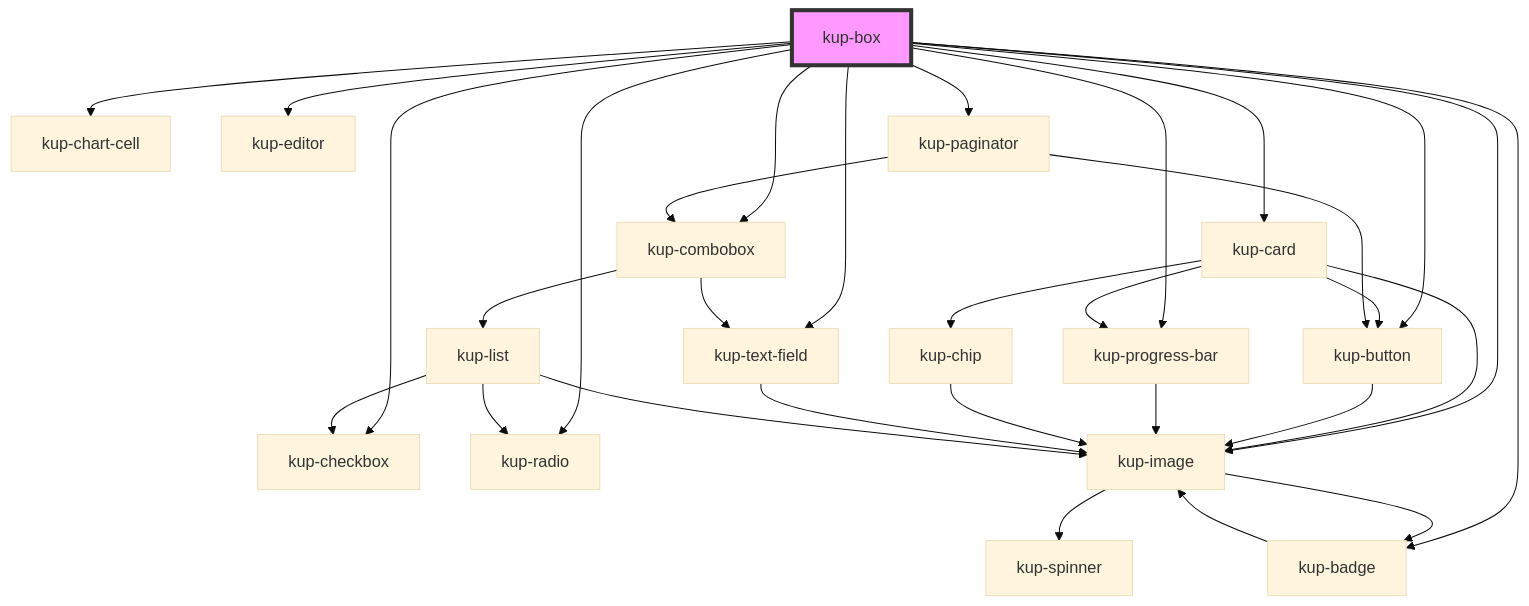
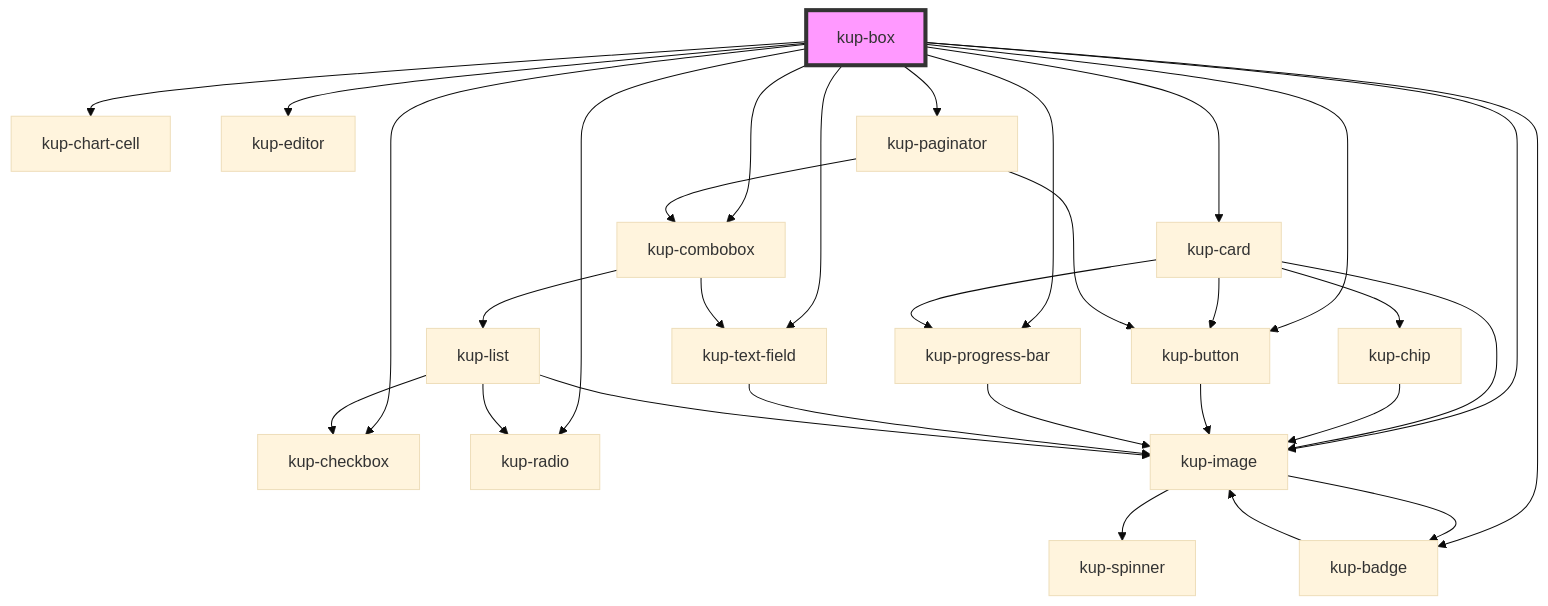
The diagram in packages/ketchup/src/components/kup-box/readme.md (smeup/ketchup), drawn with Mermaid (base theme) before and after one commit. The commit also changed other lines of this file and 12 other files, not shown here.

````diff
--- a/packages/ketchup/src/components/kup-box/readme.md
+++ b/packages/ketchup/src/components/kup-box/readme.md
@@ -98,34 +98,34 @@
 ```mermaid
 graph TD;
   kup-box --> kup-card
   kup-box --> kup-checkbox
   kup-box --> kup-badge
   kup-box --> kup-button
   kup-box --> kup-radio
   kup-box --> kup-text-field
   kup-box --> kup-progress-bar
   kup-box --> kup-chart-cell
   kup-box --> kup-image
   kup-box --> kup-editor
   kup-box --> kup-combobox
   kup-box --> kup-paginator
   kup-card --> kup-image
+  kup-card --> kup-chip
   kup-card --> kup-button
   kup-card --> kup-progress-bar
-  kup-card --> kup-chip
   kup-image --> kup-spinner
   kup-image --> kup-badge
   kup-badge --> kup-image
+  kup-chip --> kup-image
   kup-button --> kup-image
   kup-progress-bar --> kup-image
-  kup-chip --> kup-image
   kup-text-field --> kup-image
   kup-combobox --> kup-text-field
   kup-combobox --> kup-list
   kup-list --> kup-image
   kup-list --> kup-radio
   kup-list --> kup-checkbox
   kup-paginator --> kup-button
   kup-paginator --> kup-combobox
   style kup-box fill:#f9f,stroke:#333,stroke-width:4px
 ```
````
